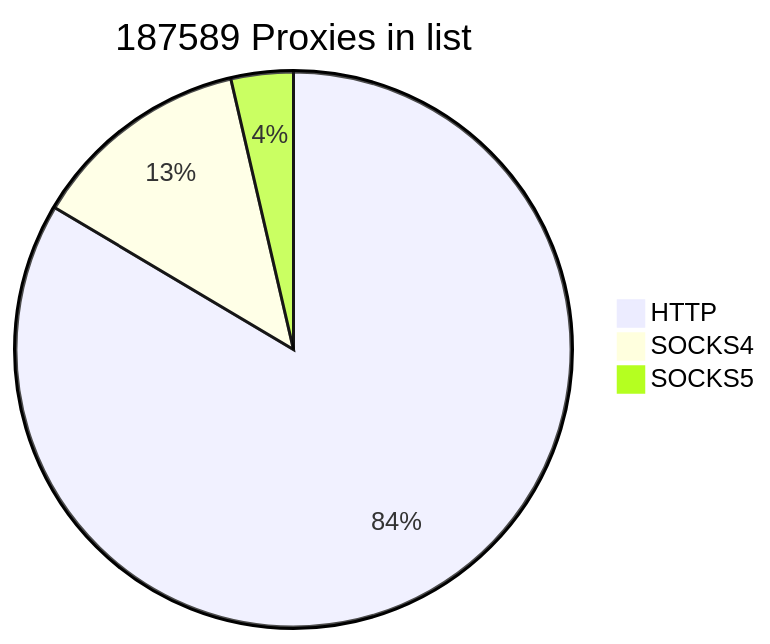
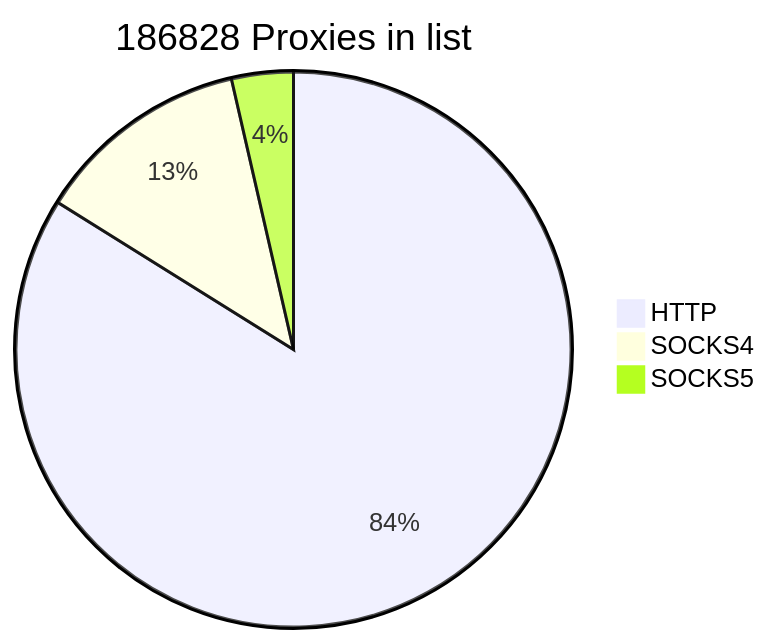
One commit to cutipu/proxylist changed the first of 2 diagrams in README.md. Above: the diagram before and after it, drawn with Mermaid. The commit also changed other lines of this file, not shown here.

````diff
--- a/README.md
+++ b/README.md
@@ -2,7 +2,7 @@
 ```mermaid
-pie title 187589 Proxies in list
+pie title 186828 Proxies in list
     "HTTP" : 156708
-    "SOCKS4" : 24085
-    "SOCKS5" : 6796
+    "SOCKS4" : 23414
+    "SOCKS5" : 6706
             
 ```
````
